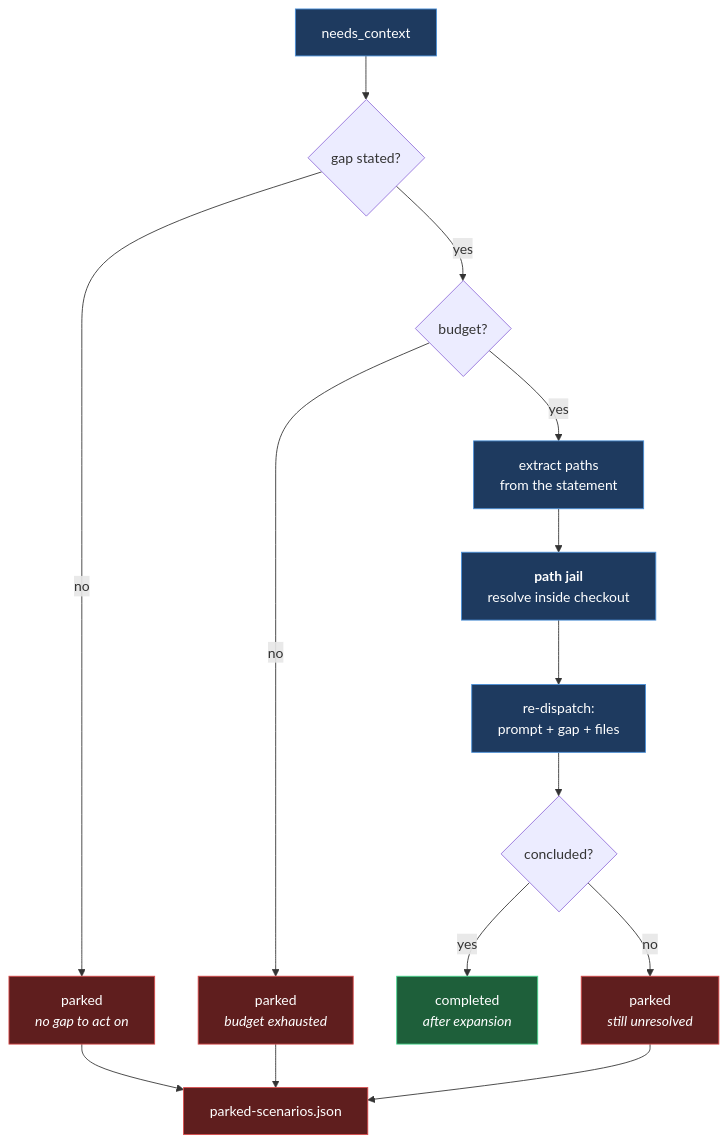
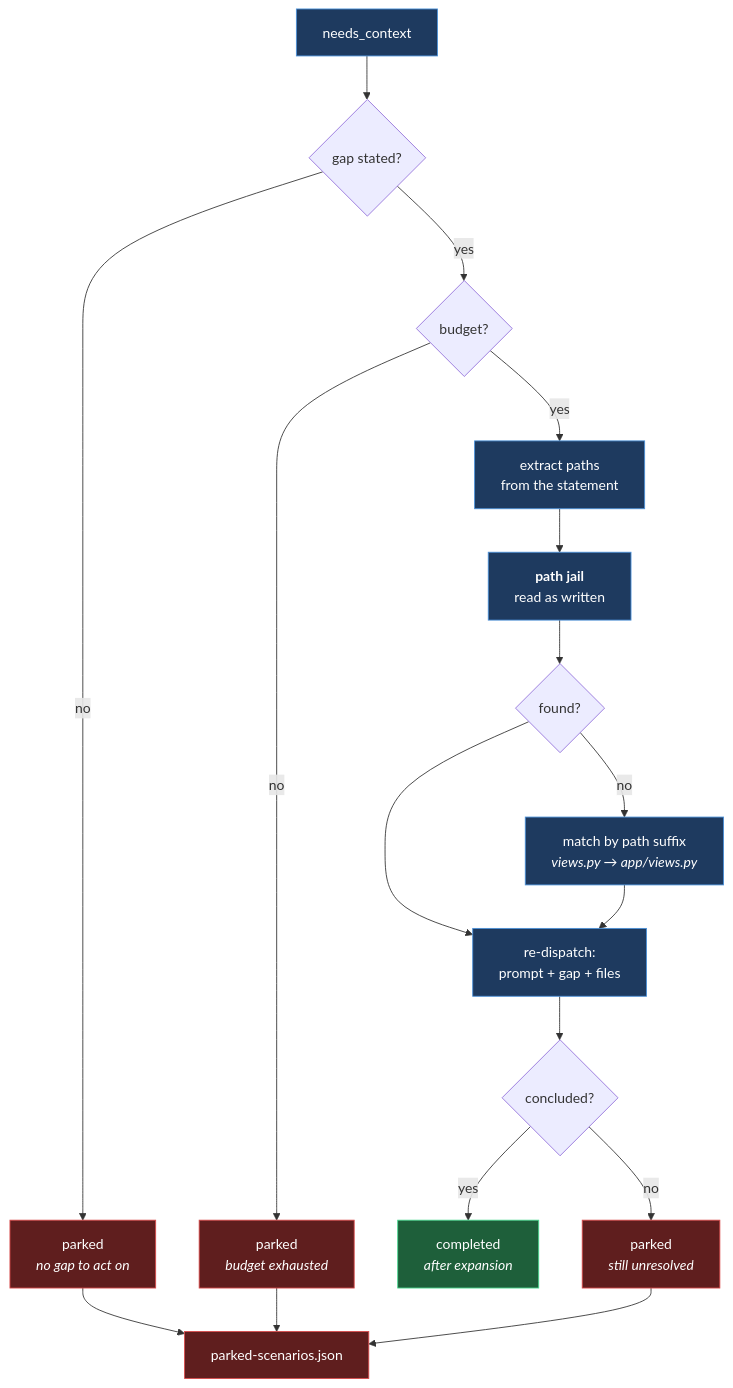
Before and after one commit to mfmiguez-oss/codescan-engagement: the fourth of 16 diagrams in docs/DESIGN.md, drawn with Mermaid. The commit also changed other lines of this file and 11 other files, not shown here.

````diff
--- a/docs/DESIGN.md
+++ b/docs/DESIGN.md
@@ -312,18 +312,20 @@
 ```mermaid
 flowchart TD
   classDef bad fill:#5f1e1e,stroke:#d94a4a,color:#fff
   classDef ok fill:#1e5f3a,stroke:#4ad990,color:#fff
   classDef step fill:#1e3a5f,stroke:#4a90d9,color:#fff
 
   A["needs_context"]:::step --> B{"gap stated?"}
   B -->|no| P1["parked<br/><i>no gap to act on</i>"]:::bad
   B -->|yes| C{"budget?"}
   C -->|no| P2["parked<br/><i>budget exhausted</i>"]:::bad
   C -->|yes| D["extract paths<br/>from the statement"]:::step
-  D --> E["<b>path jail</b><br/>resolve inside checkout"]:::step
-  E --> F["re-dispatch:<br/>prompt + gap + files"]:::step
+  D --> E["<b>path jail</b><br/>read as written"]:::step
+  E --> E2{"found?"}
+  E2 -->|no| E3["match by path suffix<br/><i>views.py → app/views.py</i>"]:::step
+  E2 & E3 --> F["re-dispatch:<br/>prompt + gap + files"]:::step
   F --> G{"concluded?"}
   G -->|yes| H["completed<br/><i>after expansion</i>"]:::ok
   G -->|no| P3["parked<br/><i>still unresolved</i>"]:::bad
   P1 & P2 & P3 --> Q["parked-scenarios.json"]:::bad
 ```
````
